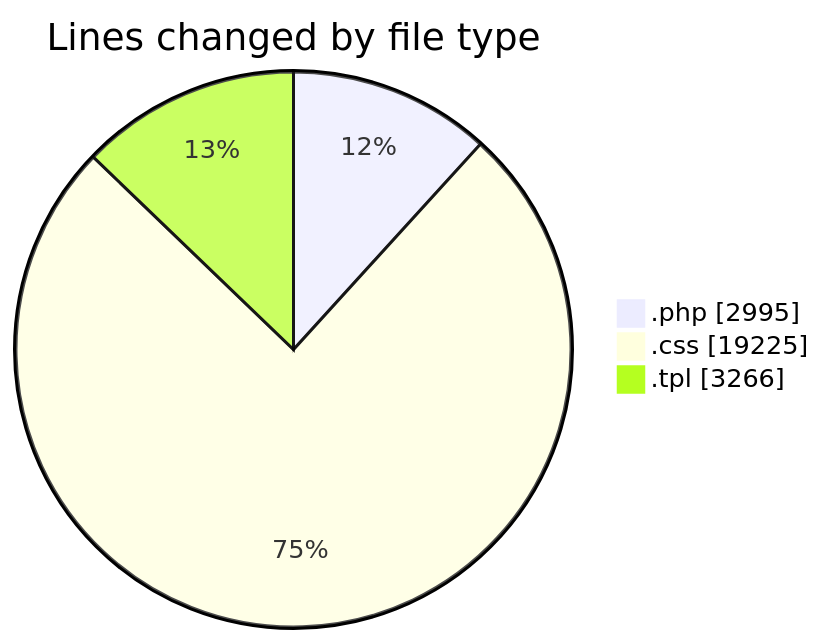
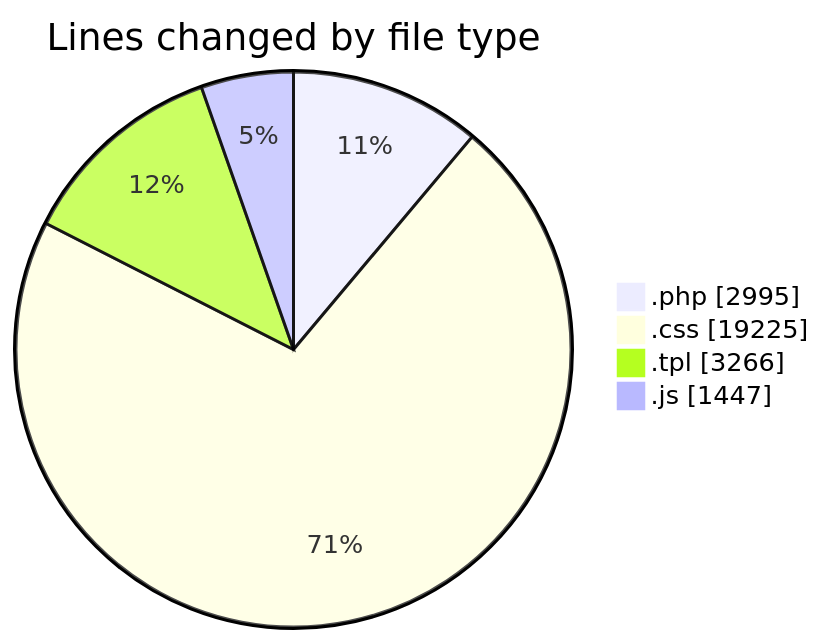
The first of 2 diagrams in 2025-03-23/zeytoon/README.md (vahidmafi/code-tracking), drawn with Mermaid before and after one commit. The commit also changed other lines of this file and 1 other file, not shown here.

````diff
--- a/2025-03-23/zeytoon/README.md
+++ b/2025-03-23/zeytoon/README.md
@@ -29,7 +30,8 @@
 ```mermaid
 pie showData
 title Lines changed by file type
 ".php" : 2995
 ".css" : 19225
 ".tpl" : 3266
+".js" : 1447
 ```
````
